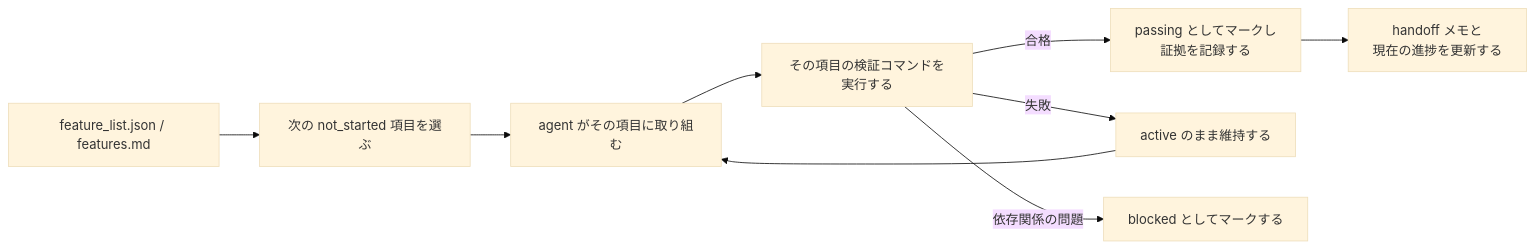
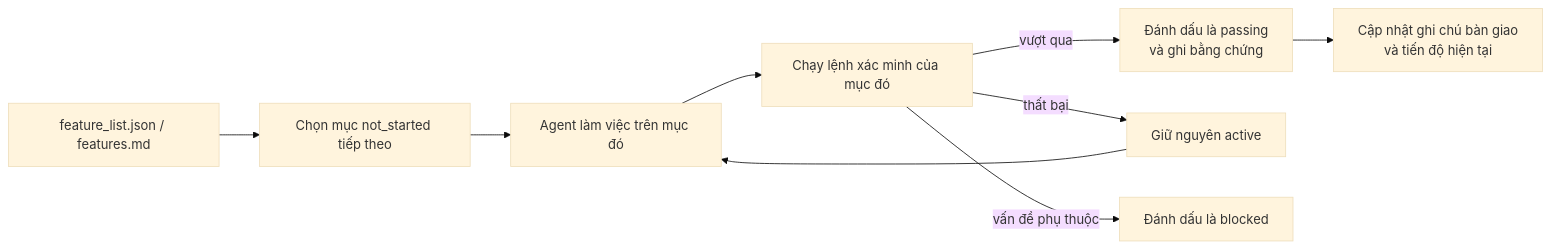
One commit to mkusaka/learn-harness-engineering changed the second of 2 diagrams in docs/vi/lectures/lecture-08-why-feature-lists-are-harness-primitives/index.md. Above: the diagram before and after it, drawn with Mermaid (base theme). The commit also changed other lines of this file and 684 other files, not shown here.

````diff
--- a/docs/vi/lectures/lecture-08-why-feature-lists-are-harness-primitives/index.md
+++ b/docs/vi/lectures/lecture-08-why-feature-lists-are-harness-primitives/index.md
@@ -40,11 +40,11 @@
 ```mermaid
 flowchart LR
-    List["feature_list.json / features.md"] --> Scheduler["次の not_started 項目を選ぶ"]
-    Scheduler --> Agent["agent がその項目に取り組む"]
-    Agent --> Verifier["その項目の検証コマンドを実行する"]
-    Verifier -->|合格| Passing["passing としてマークし<br/>証拠を記録する"]
-    Verifier -->|失敗| Active["active のまま維持する"]
-    Verifier -->|依存関係の問題| Blocked["blocked としてマークする"]
-    Passing --> Handoff["handoff メモと<br/>現在の進捗を更新する"]
+    List["feature_list.json / features.md"] --> Scheduler["Chọn mục not_started tiếp theo"]
+    Scheduler --> Agent["Agent làm việc trên mục đó"]
+    Agent --> Verifier["Chạy lệnh xác minh của mục đó"]
+    Verifier -->|vượt qua| Passing["Đánh dấu là passing<br/>và ghi bằng chứng"]
+    Verifier -->|thất bại| Active["Giữ nguyên active"]
+    Verifier -->|vấn đề phụ thuộc| Blocked["Đánh dấu là blocked"]
+    Passing --> Handoff["Cập nhật ghi chú bàn giao<br/>và tiến độ hiện tại"]
     Active --> Agent
 ```
````
